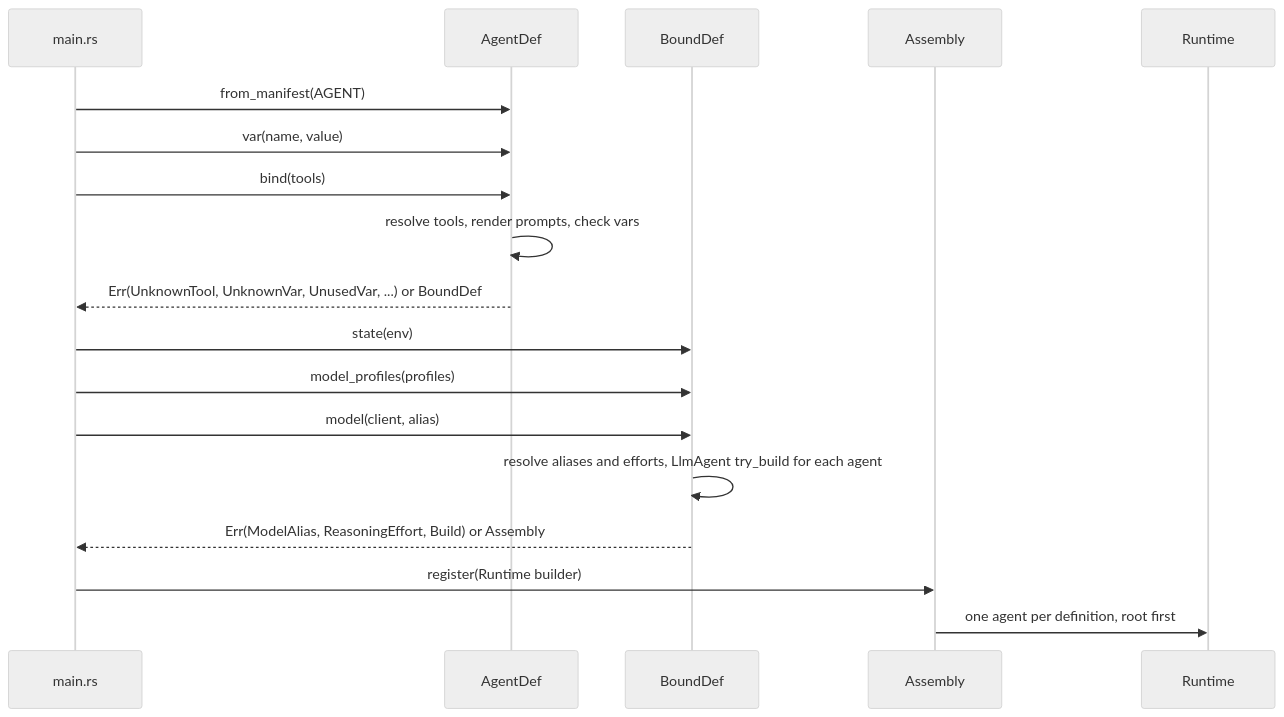
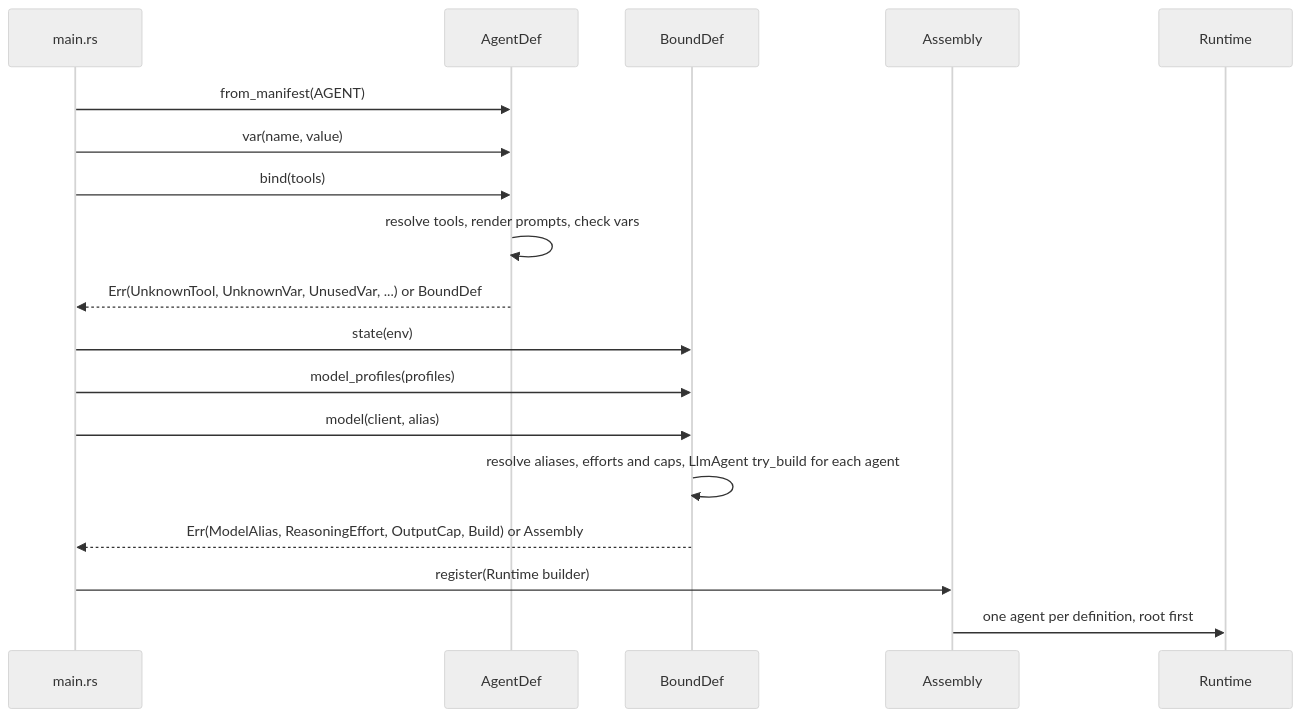
The first of 8 diagrams in crates/adam-assembly/README.md (vymalo/another-adam-rs), drawn with Mermaid (neutral theme) before and after one commit. The commit also changed other lines of this file and 36 other files, not shown here.

Commit message:
feat(model): resolve and clamp the output cap per model (ADR 0064, slice 2)

````diff
--- a/crates/adam-assembly/README.md
+++ b/crates/adam-assembly/README.md
@@ -88,20 +88,20 @@
 ```mermaid
 sequenceDiagram
   participant M as main.rs
   participant D as AgentDef
   participant B as BoundDef
   participant A as Assembly
   participant R as Runtime
   M->>D: from_manifest(AGENT)
   M->>D: var(name, value)
   M->>D: bind(tools)
   D->>D: resolve tools, render prompts, check vars
   D-->>M: Err(UnknownTool, UnknownVar, UnusedVar, ...) or BoundDef
   M->>B: state(env)
   M->>B: model_profiles(profiles)
   M->>B: model(client, alias)
-  B->>B: resolve aliases and efforts, LlmAgent try_build for each agent
-  B-->>M: Err(ModelAlias, ReasoningEffort, Build) or Assembly
+  B->>B: resolve aliases, efforts and caps, LlmAgent try_build for each agent
+  B-->>M: Err(ModelAlias, ReasoningEffort, OutputCap, Build) or Assembly
   M->>A: register(Runtime builder)
   A->>R: one agent per definition, root first
 ```
````
